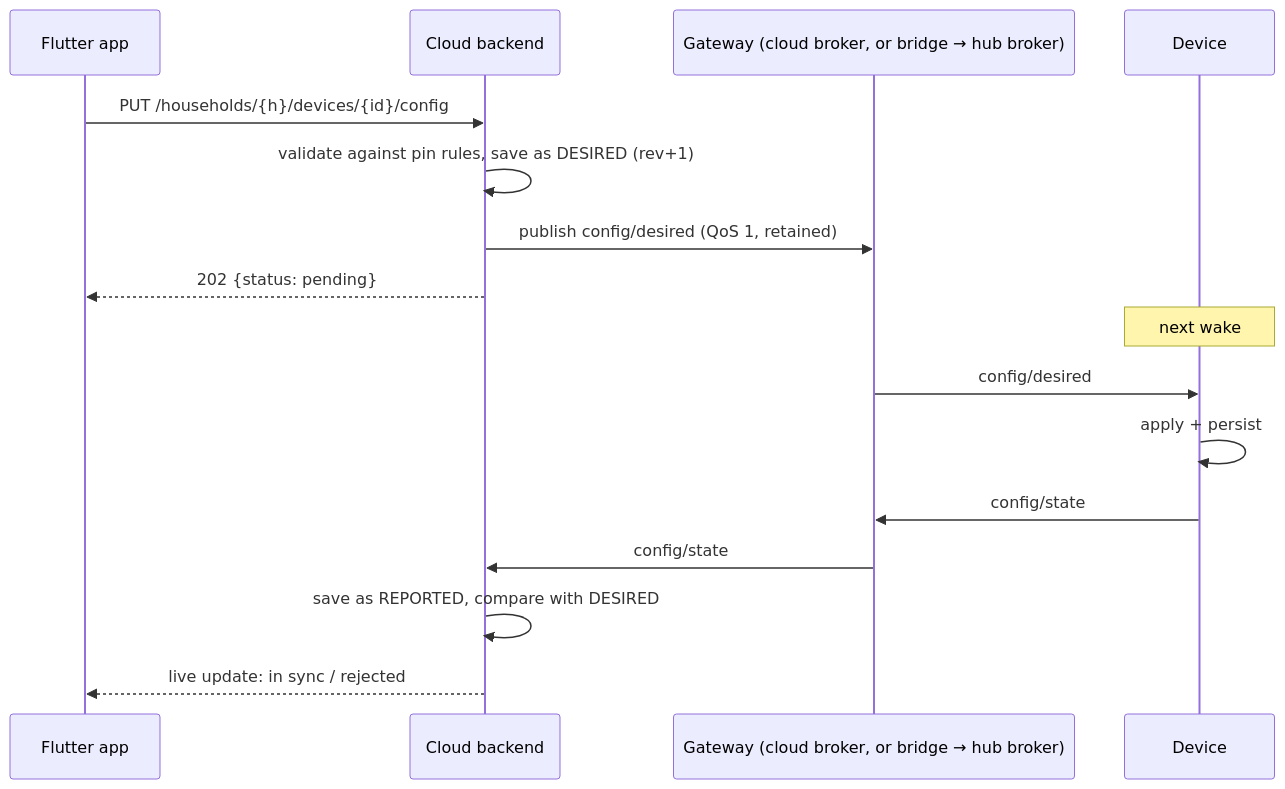
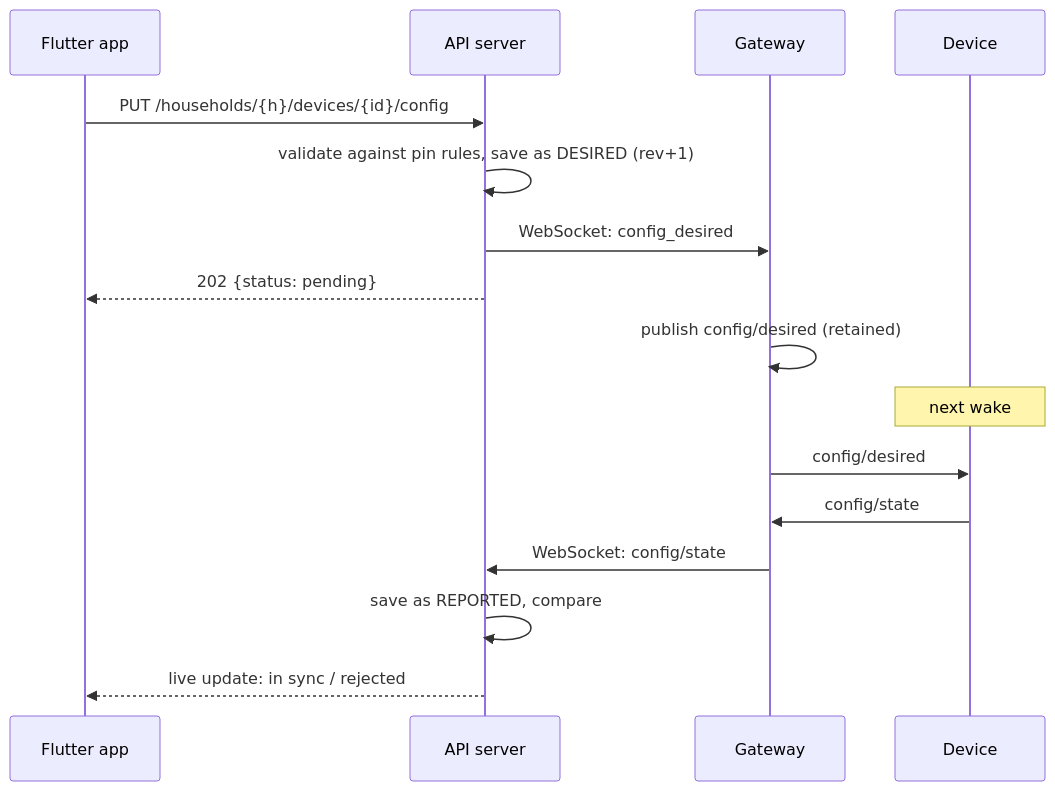
One commit to Hansom17/MoistureController changed diagram 12 of 13 in PROJECT.md. Above: the diagram before and after it, drawn with Mermaid. The commit also changed other lines of this file and 86 other files, not shown here.

First line of the commit message:
Switch plans to gateway + central API (v2) and remove obsolete v1 code

````diff
--- a/PROJECT.md
+++ b/PROJECT.md
@@ -490,19 +469,19 @@
 ```mermaid
 sequenceDiagram
     participant App as Flutter app
-    participant API as Cloud backend
-    participant GW as Gateway (cloud broker, or bridge → hub broker)
+    participant API as API server
+    participant GW as Gateway
     participant Dev as Device
 
     App->>API: PUT /households/{h}/devices/{id}/config
     API->>API: validate against pin rules, save as DESIRED (rev+1)
-    API->>GW: publish config/desired (QoS 1, retained)
+    API->>GW: WebSocket: config_desired
     API-->>App: 202 {status: pending}
+    GW->>GW: publish config/desired (retained)
     Note over Dev: next wake
     GW->>Dev: config/desired
-    Dev->>Dev: apply + persist
     Dev->>GW: config/state
-    GW->>API: config/state
-    API->>API: save as REPORTED, compare with DESIRED
+    GW->>API: WebSocket: config/state
+    API->>API: save as REPORTED, compare
     API-->>App: live update: in sync / rejected
 ```
````
